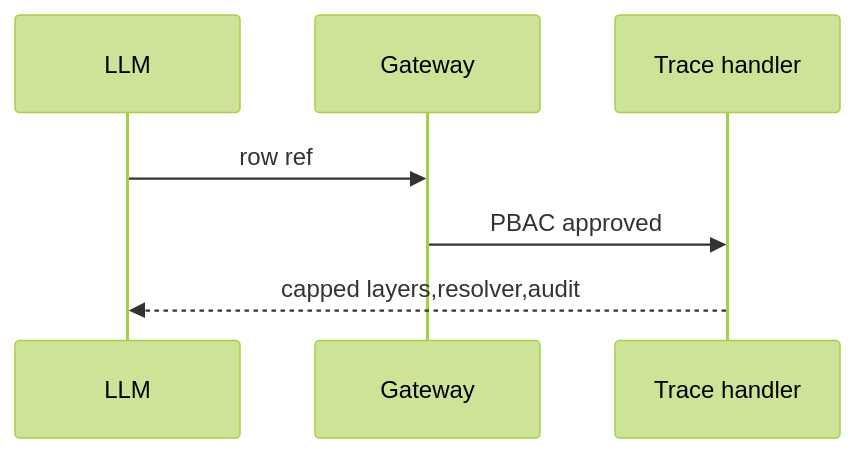
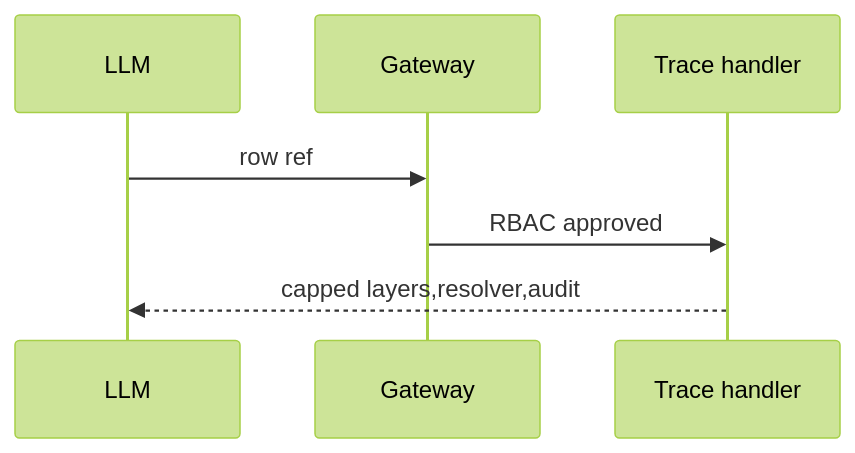
One commit to khovan123/LCSP changed the diagram in docs/implementation/tasks/modules/agentic-evidence-tools/packets/ao-5-09-get-gap-evidence-trace.md. Above: the diagram before and after it, drawn with Mermaid (forest theme). The commit also changed other lines of this file and 519 other files, not shown here.

````diff
--- a/docs/implementation/tasks/modules/agentic-evidence-tools/packets/ao-5-09-get-gap-evidence-trace.md
+++ b/docs/implementation/tasks/modules/agentic-evidence-tools/packets/ao-5-09-get-gap-evidence-trace.md
@@ -31,9 +31,9 @@
 ```mermaid
 sequenceDiagram
 participant L as LLM
 participant G as Gateway
 participant T as Trace handler
 L->>G: row ref
-G->>T: PBAC approved
+G->>T: RBAC approved
 T-->>L: capped layers,resolver,audit
 ```
````
